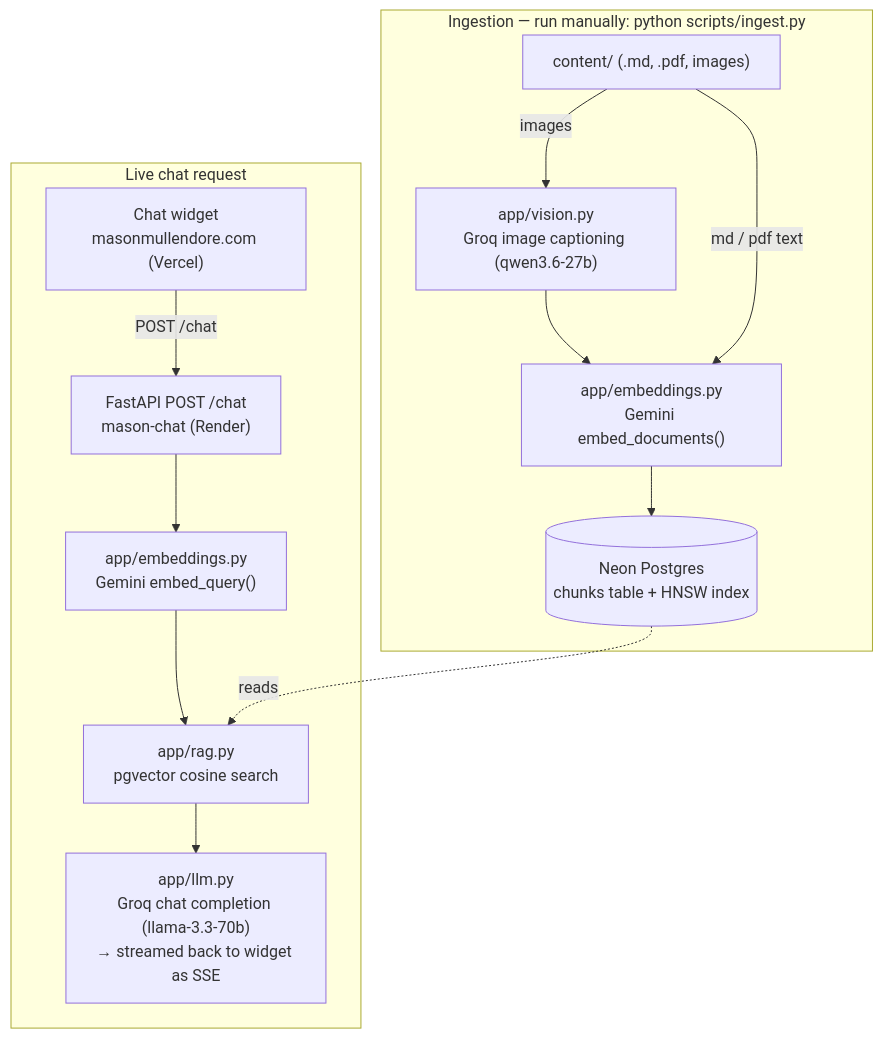
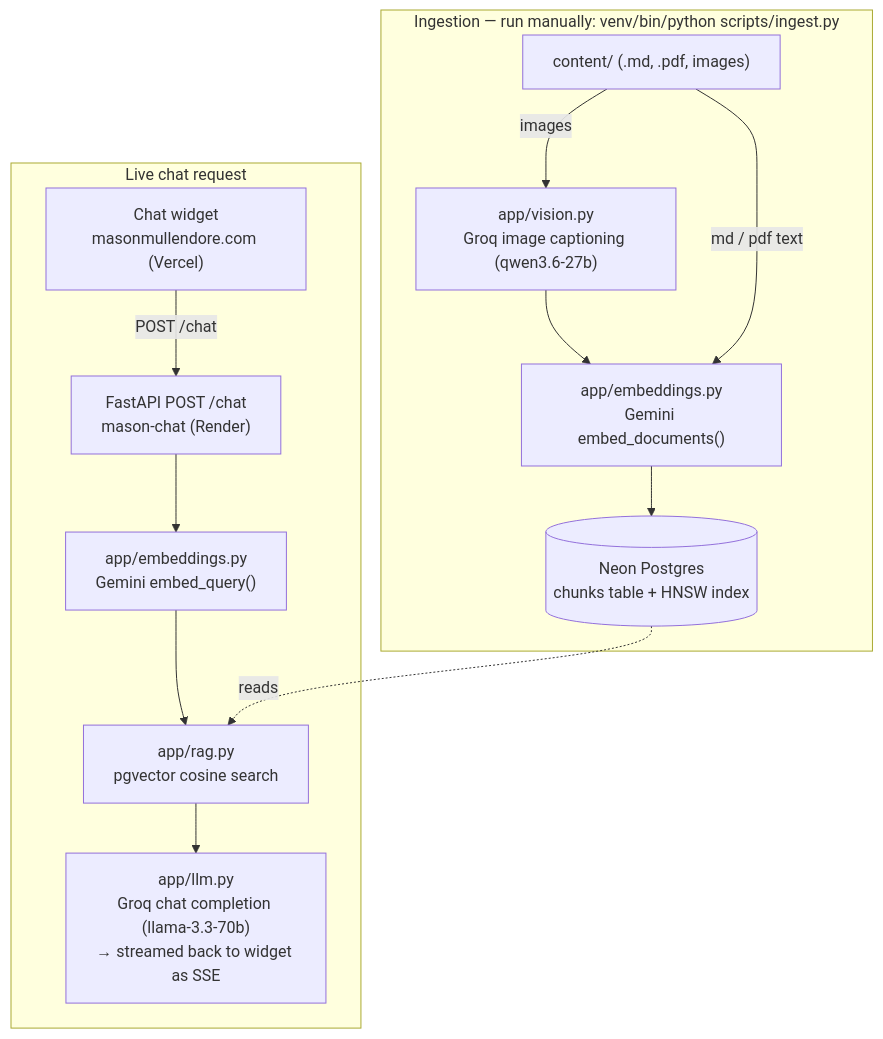
One commit to mdmullendore/mason-ai changed the diagram in README.md. Above: the diagram before and after it, drawn with Mermaid. The commit also changed other lines of this file and 4 other files, not shown here.

````diff
--- a/README.md
+++ b/README.md
@@ -13,23 +13,23 @@
 ```mermaid
 flowchart TB
-    subgraph Ingestion["Ingestion — run manually: python scripts/ingest.py"]
+    subgraph Ingestion["Ingestion — run manually: venv/bin/python scripts/ingest.py"]
         content["content/ (.md, .pdf, images)"]
         vision["app/vision.py\nGroq image captioning (qwen3.6-27b)"]
         embed1["app/embeddings.py\nGemini embed_documents()"]
         content -- images --> vision --> embed1
         content -- md / pdf text --> embed1
         embed1 --> pg[("Neon Postgres\nchunks table + HNSW index")]
     end
 
     subgraph Runtime["Live chat request"]
         widget["Chat widget\nmasonmullendore.com (Vercel)"]
         api["FastAPI POST /chat\nmason-chat (Render)"]
         embed2["app/embeddings.py\nGemini embed_query()"]
         rag["app/rag.py\npgvector cosine search"]
         llm["app/llm.py\nGroq chat completion (llama-3.3-70b)\n→ streamed back to widget as SSE"]
 
         widget -- "POST /chat" --> api --> embed2 --> rag --> llm
     end
 
     pg -. reads .-> rag
 ```
````
